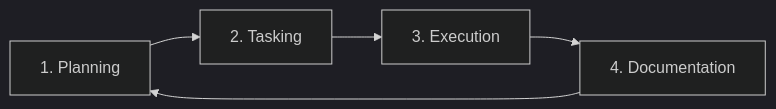
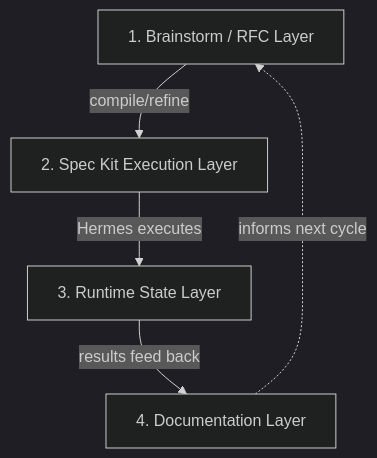
One commit to thangvq95/thangvq-digital-hub changed the second of 2 diagrams in docs/PRD.md. Above: the diagram before and after it, drawn with Mermaid (dark theme). The commit also changed other lines of this file and 3 other files, not shown here.

First line of the commit message:
docs: enforce 4-layer separation (brainstorm → spec kit → runtime → docs)

````diff
--- a/docs/PRD.md
+++ b/docs/PRD.md
@@ -155,5 +157,7 @@
 ```mermaid
-graph LR
-    P["1. Planning"] --> T["2. Tasking"] --> E["3. Execution"] --> D["4. Documentation"]
-    D --> P
+graph TB
+    L1["1. Brainstorm / RFC Layer"] -->|compile/refine| L2["2. Spec Kit Execution Layer"]
+    L2 -->|Hermes executes| L3["3. Runtime State Layer"]
+    L3 -->|results feed back| L4["4. Documentation Layer"]
+    L4 -.->|informs next cycle| L1
 ```
````
